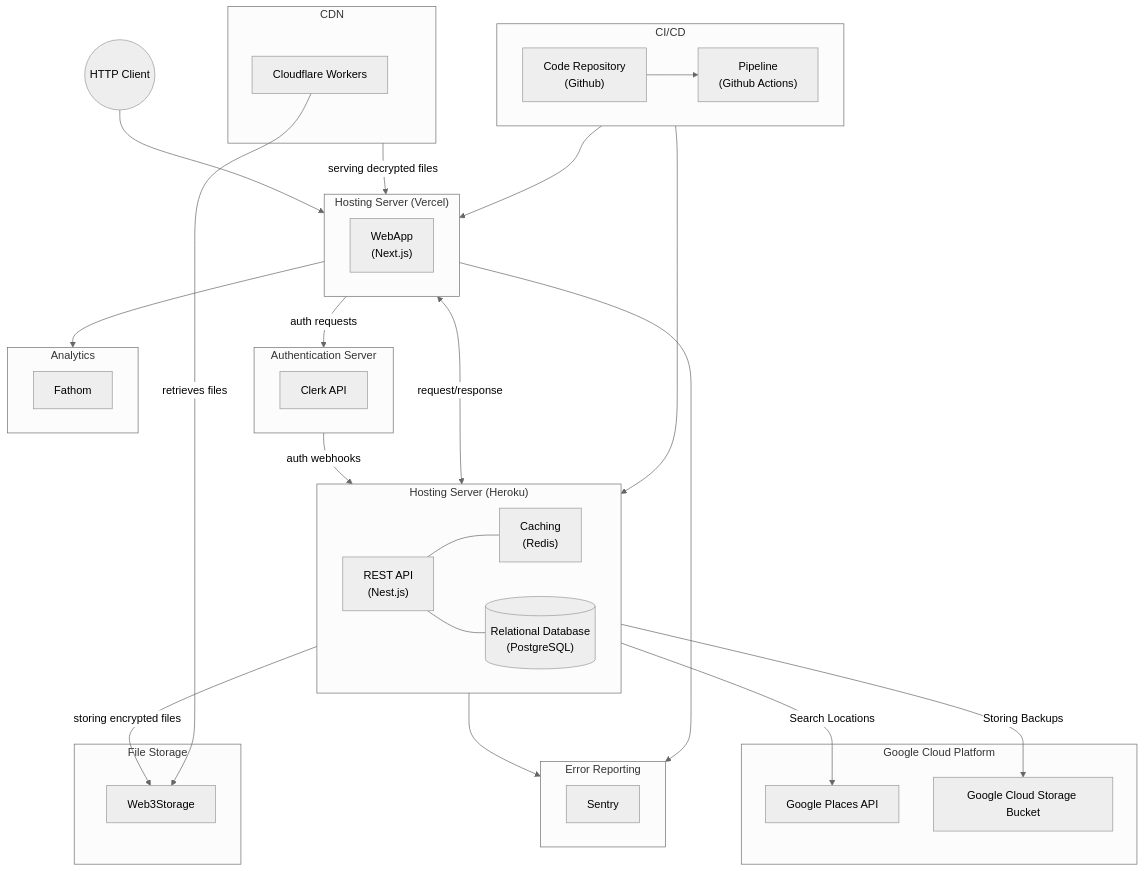
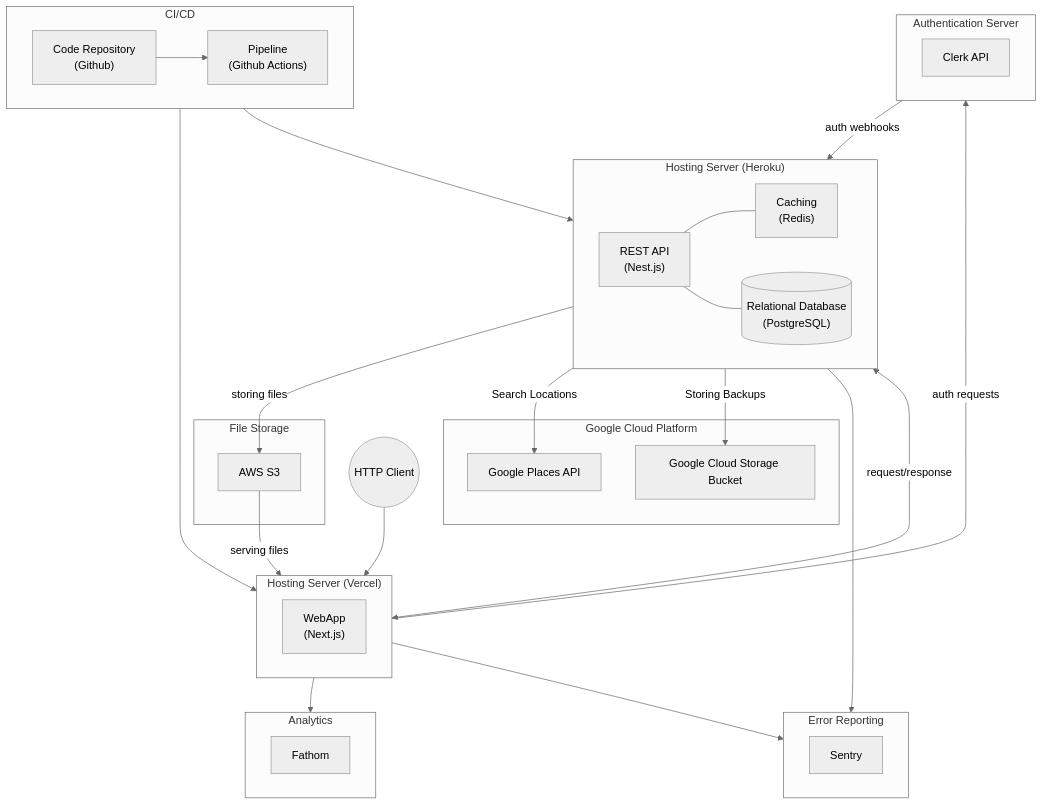
The diagram in docs/ARCHITECTURE_DIAGRAM.md (memser-spaceport/pln-directory-portal), drawn with Mermaid (neutral theme) before and after one commit. The commit also changed 31 other files, not shown here.

````diff
--- a/docs/ARCHITECTURE_DIAGRAM.md
+++ b/docs/ARCHITECTURE_DIAGRAM.md
@@ -3,63 +3,58 @@
 ```mermaid
 flowchart TB
     %%{ init: { 'flowchart': { 'curve': 'bump' } } }%%
 
     subgraph CI/CD
         cd["Code Repository\n(Github)"]
         pl["Pipeline\n(Github Actions)"]
         cd --> pl
     end
 
     subgraph HSWA["#nbsp;#nbsp;Hosting Server (Vercel)#nbsp;#nbsp;"]
         webapp["WebApp\n(Next.js)"]
     end
 
     subgraph HSAPI["Hosting Server (Heroku)"]
         api["REST API\n(Nest.js)"]
         redis["Caching\n(Redis)"]
         db[("Relational Database\n(PostgreSQL)")]
         api --- redis
         api --- db
     end
 
     subgraph AS["#nbsp;#nbsp;Authentication Server#nbsp;#nbsp;"]
         clerk["Clerk API"]
     end
 
     subgraph FS["File Storage"]
-        W3S["Web3Storage"]
+        S3["AWS S3"]
     end
 
     subgraph ER["#nbsp;#nbsp;Error Reporting#nbsp;#nbsp;"]
         s1["Sentry"]
     end
 
     subgraph A1["Analytics"]
         f1["Fathom"]
     end
 
-    subgraph CDN
-        CW["Cloudflare Workers"]
-    end
-
     subgraph GCP["Google Cloud Platform"]
         GCPAPI["Google Places API"]
         GCPBucket["Google Cloud Storage Bucket"]
     end
 
     HC(("HTTP Client"))
-    CW -- retrieves files --> W3S
     CI/CD --> HSWA
     CI/CD --> HSAPI
     HSWA <-- request/response --> HSAPI
-    HSAPI -- storing encrypted files --> W3S
-    CDN -- serving decrypted files --> HSWA
+    HSAPI -- storing files --> S3
+    S3 -- serving files --> HSWA
     HSWA --> A1
     HSWA --> ER
     HSWA -- auth requests --> AS
     HSAPI -- Search Locations --> GCPAPI
     HSAPI -- Storing Backups --> GCPBucket
     HC --> HSWA
     HSAPI --> ER
     AS -- auth webhooks --> HSAPI
 ```
````
